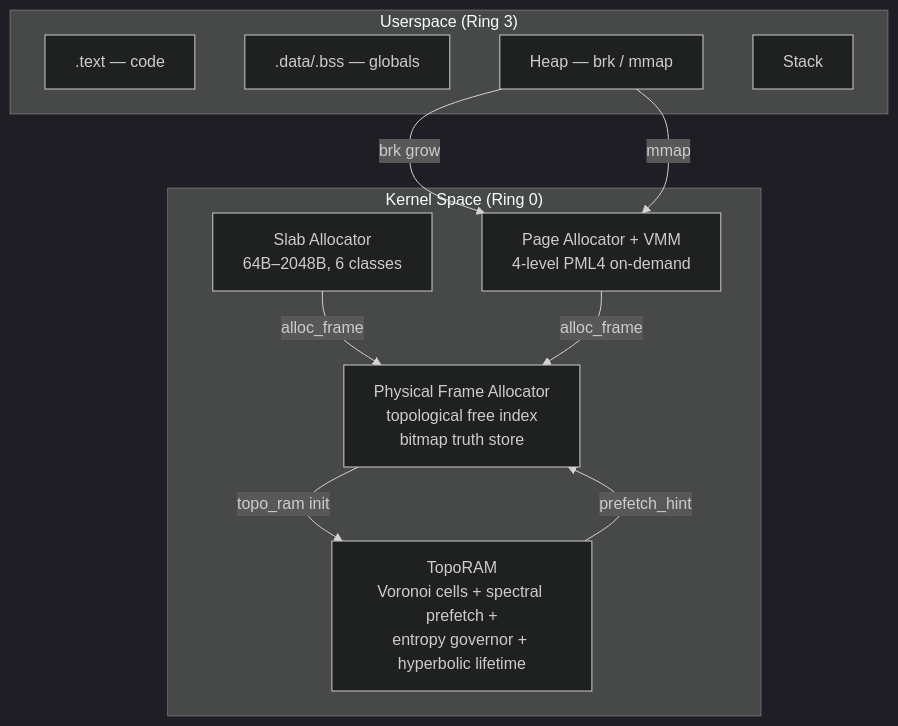
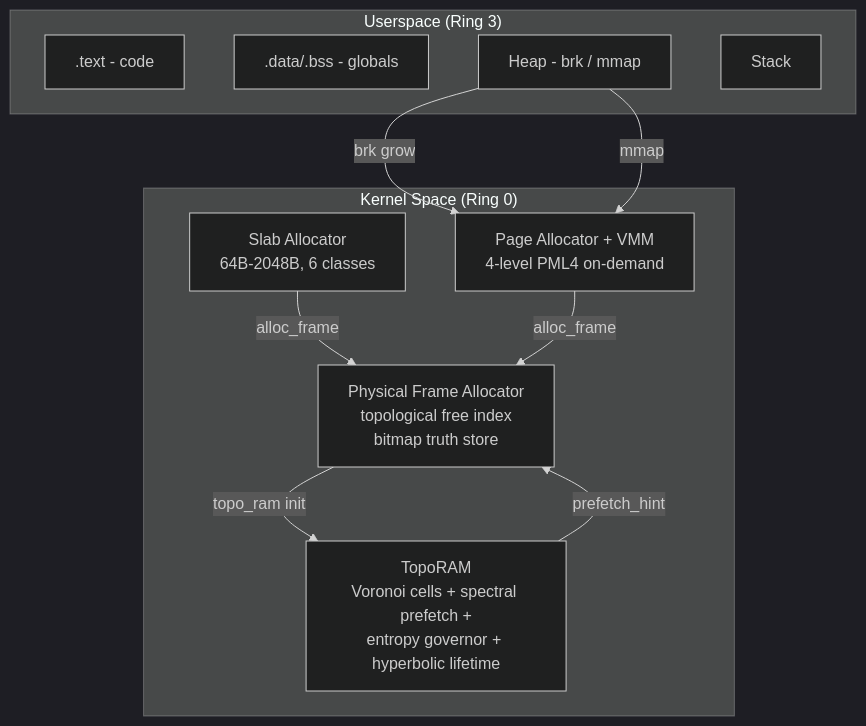
One commit to teerthsharma/Epsilon-Hollow changed the fourth of 12 diagrams in README.md. Above: the diagram before and after it, drawn with Mermaid (dark theme). The commit also changed other lines of this file and 55 other files, not shown here.

````diff
--- a/README.md
+++ b/README.md
@@ -966,23 +974,23 @@
 ```mermaid
 flowchart TB
     subgraph SG14["Userspace (Ring 3)"]
-        U_TEXT[".text — code"]
-        U_DATA[".data/.bss — globals"]
-        U_HEAP["Heap — brk / mmap"]
+        U_TEXT[".text - code"]
+        U_DATA[".data/.bss - globals"]
+        U_HEAP["Heap - brk / mmap"]
         U_STACK["Stack"]
     end
 
     subgraph SG15["Kernel Space (Ring 0)"]
-        K_SLAB["Slab Allocator<br/>64B–2048B, 6 classes"]
+        K_SLAB["Slab Allocator<br/>64B-2048B, 6 classes"]
         K_PAGE["Page Allocator + VMM<br/>4-level PML4 on-demand"]
         K_PHYS["Physical Frame Allocator<br/>topological free index<br/>bitmap truth store"]
         K_TOPO["TopoRAM<br/>Voronoi cells + spectral prefetch +<br/>entropy governor + hyperbolic lifetime"]
     end
 
     U_HEAP -->|brk grow| K_PAGE
     U_HEAP -->|mmap| K_PAGE
     K_SLAB -->|alloc_frame| K_PHYS
     K_PAGE -->|alloc_frame| K_PHYS
     K_TOPO -->|prefetch_hint| K_PHYS
     K_PHYS -->|topo_ram init| K_TOPO
 ```
````
